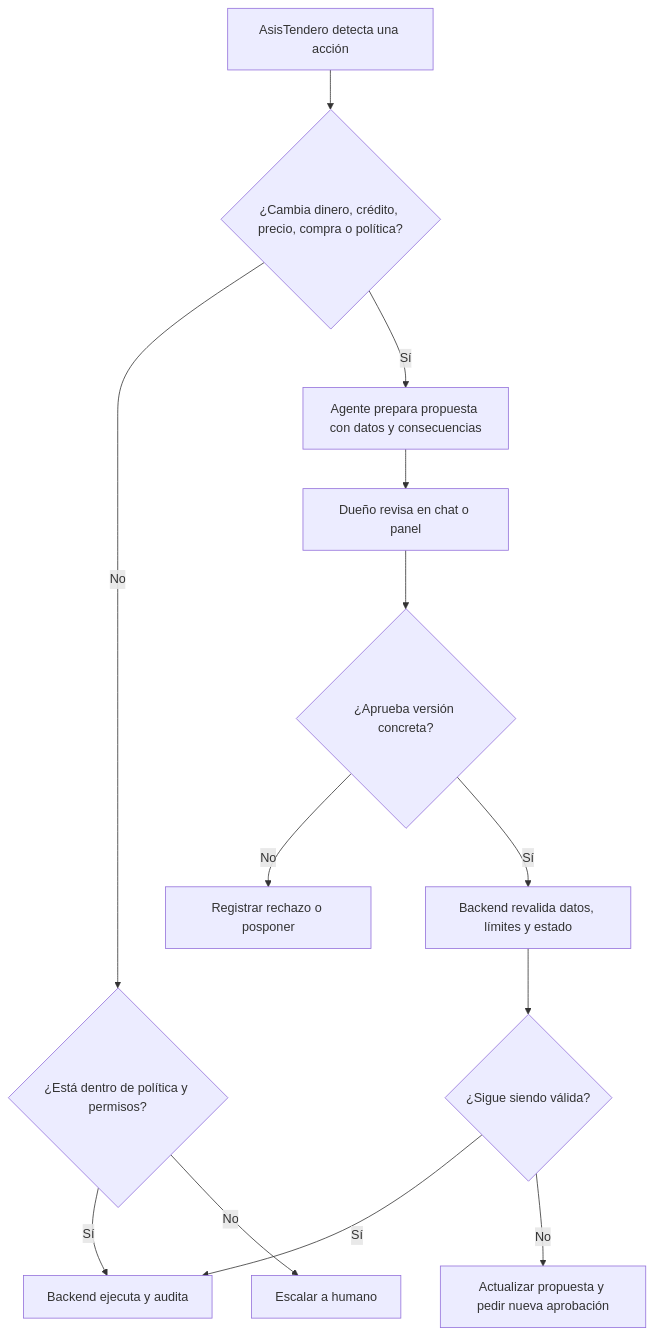
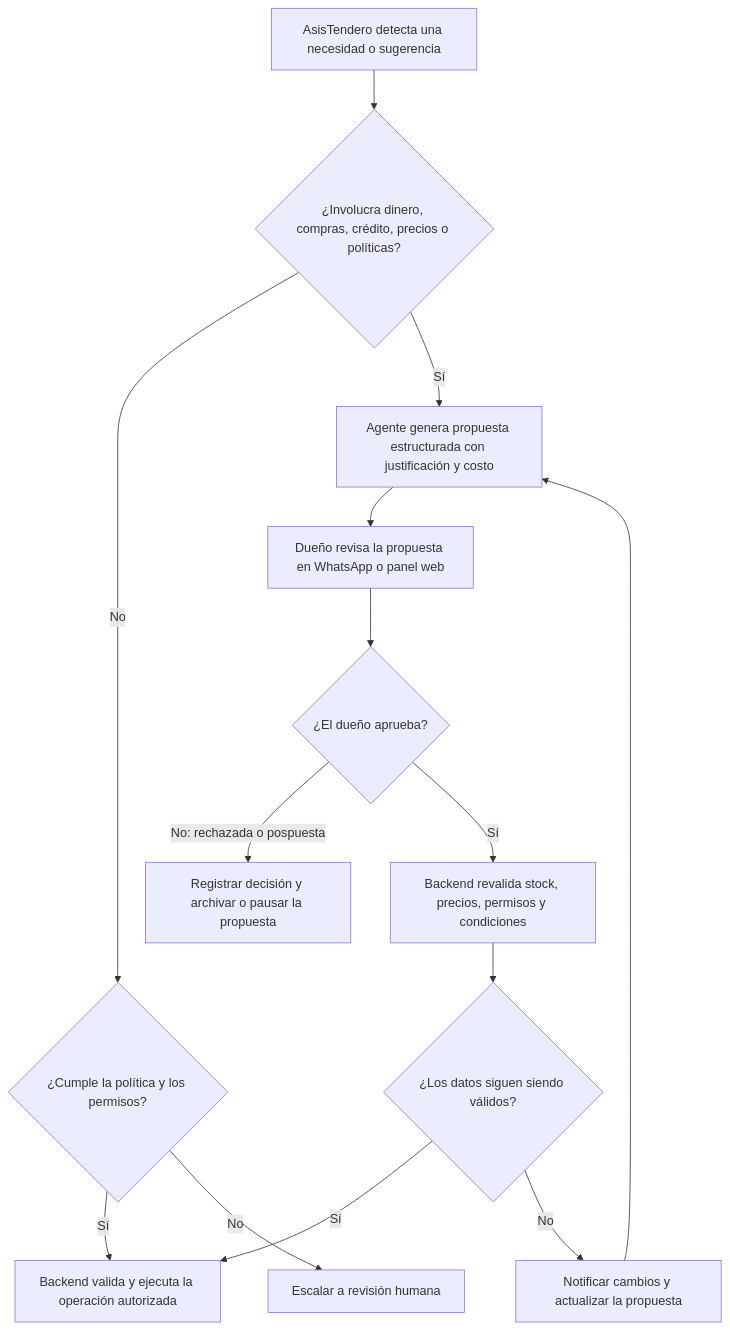
The first of 2 diagrams in contexto/definiciones/PT-002_BORRADOR.md (JulianCVM/AsisTendero), drawn with Mermaid before and after one commit. The commit also changed other lines of this file, not shown here.

Commit message:
docs: actualizar PT-002 sobre permisos y autorizaciones

````diff
--- a/contexto/definiciones/PT-002_BORRADOR.md
+++ b/contexto/definiciones/PT-002_BORRADOR.md
@@ -80,15 +105,20 @@
 ```mermaid
 flowchart TD
-  N[AsisTendero detecta una acción] --> S{¿Cambia dinero, crédito, precio, compra o política?}
-  S -- No --> R{¿Está dentro de política y permisos?}
-  R -- Sí --> T[Backend ejecuta y audita]
-  R -- No --> H[Escalar a humano]
-  S -- Sí --> P[Agente prepara propuesta con datos y consecuencias]
-  P --> O[Dueño revisa en chat o panel]
-  O --> A{¿Aprueba versión concreta?}
-  A -- No --> X[Registrar rechazo o posponer]
-  A -- Sí --> V[Backend revalida datos, límites y estado]
-  V --> W{¿Sigue siendo válida?}
-  W -- Sí --> T
-  W -- No --> U[Actualizar propuesta y pedir nueva aprobación]
+    N["AsisTendero detecta una necesidad o sugerencia"] --> S{"¿Involucra dinero, compras, crédito, precios o políticas?"}
+
+    S -- "No" --> R{"¿Cumple la política y los permisos?"}
+    R -- "Sí" --> T["Backend valida y ejecuta la operación autorizada"]
+    R -- "No" --> H["Escalar a revisión humana"]
+
+    S -- "Sí" --> P["Agente genera propuesta estructurada con justificación y costo"]
+    P --> O["Dueño revisa la propuesta en WhatsApp o panel web"]
+    O --> A{"¿El dueño aprueba?"}
+
+    A -- "No: rechazada o pospuesta" --> X["Registrar decisión y archivar o pausar la propuesta"]
+    A -- "Sí" --> V["Backend revalida stock, precios, permisos y condiciones"]
+
+    V --> W{"¿Los datos siguen siendo válidos?"}
+    W -- "Sí" --> T
+    W -- "No" --> U["Notificar cambios y actualizar la propuesta"]
+    U --> P
 ```
````
